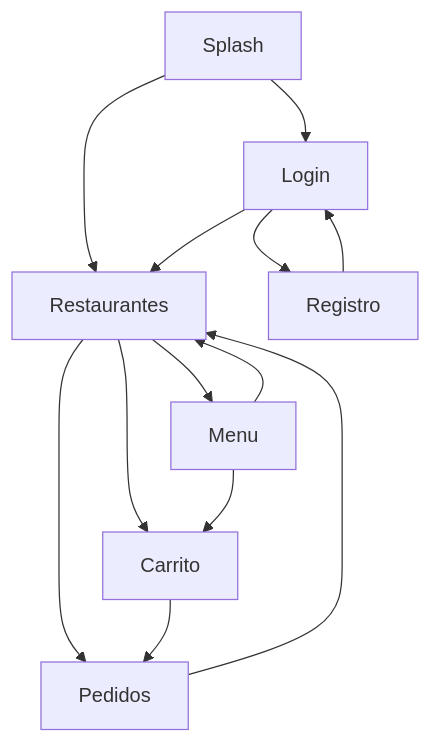
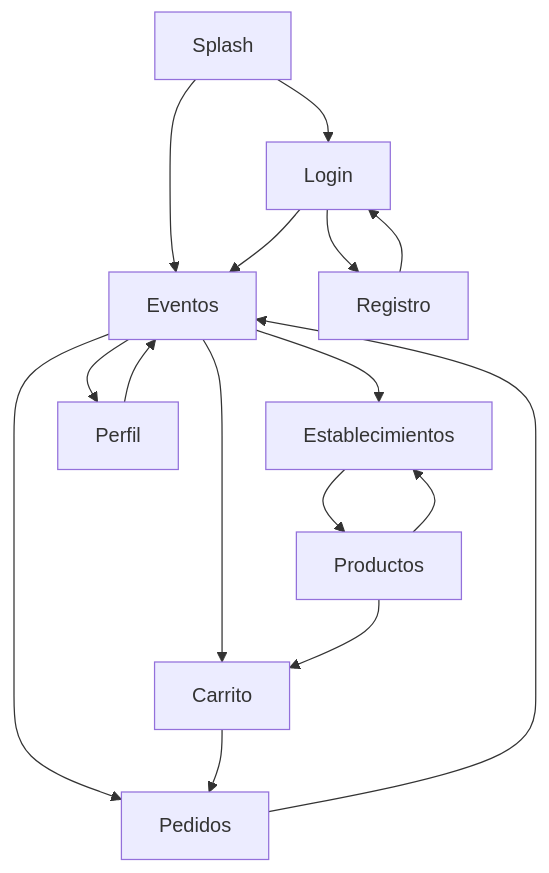
One commit to Guerblan/2526_PMDM_PracticaFinal_GuerreroPedro changed the diagram in docs/Proyecto-final.md. Above: the diagram before and after it, drawn with Mermaid. The commit also changed other lines of this file and 64 other files, not shown here.

````diff
--- a/docs/Proyecto-final.md
+++ b/docs/Proyecto-final.md
@@ -33,15 +34,18 @@
 ```mermaid
 flowchart TD
     Splash --> Login
-    Splash --> Restaurantes
+    Splash --> Eventos
     Login --> Registro
-    Login --> Restaurantes
+    Login --> Eventos
     Registro --> Login
-    Restaurantes --> Menu
-    Restaurantes --> Carrito
-    Restaurantes --> Pedidos
-    Menu --> Carrito
-    Menu --> Restaurantes
+    Eventos --> Establecimientos
+    Eventos --> Carrito
+    Eventos --> Pedidos
+    Eventos --> Perfil
+    Establecimientos --> Productos
+    Productos --> Carrito
+    Productos --> Establecimientos
     Carrito --> Pedidos
-    Pedidos --> Restaurantes
+    Pedidos --> Eventos
+    Perfil --> Eventos
 ```
````
